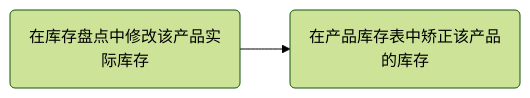
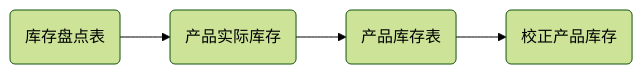
The fourth of 4 diagrams in 进销存版本说明.md (Sakura0213/OCQDocument), drawn with Mermaid (forest theme) before and after one commit. The commit also changed other lines of this file and 2 other files, not shown here.

````diff
--- a/进销存版本说明.md
+++ b/进销存版本说明.md
@@ -159,4 +215,4 @@
 ```mermaid
 graph LR
-A(在库存盘点中修改该产品实际库存)-->B(在产品库存表中矫正该产品的库存)
+T(库存盘点表)-->A(产品实际库存)-->B(产品库存表)-->Y(校正产品库存)
 ```
````
